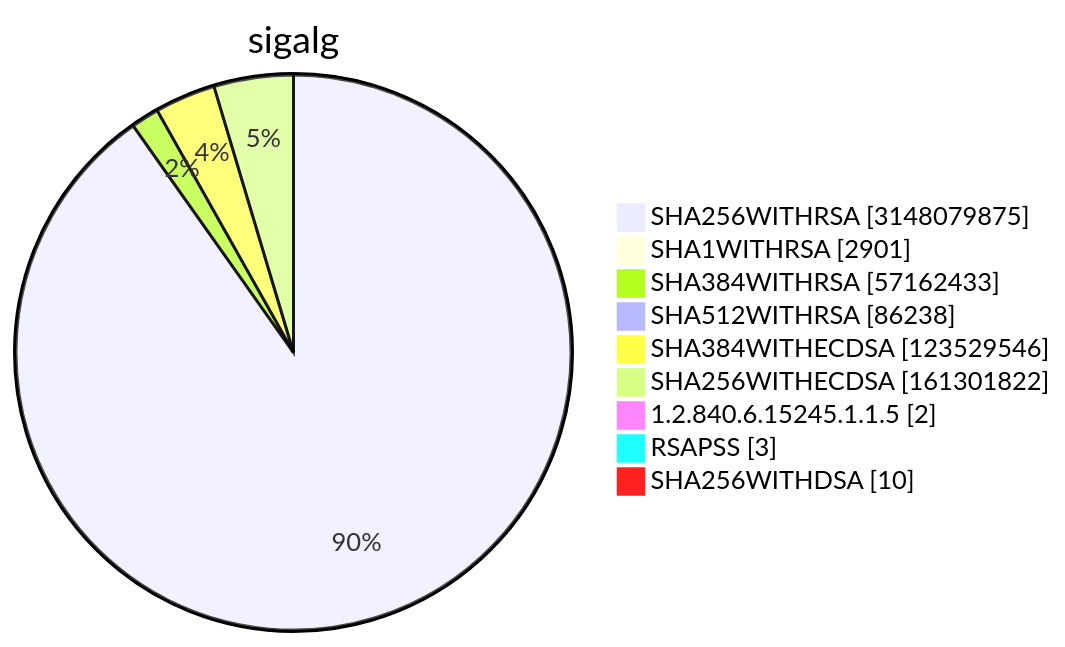
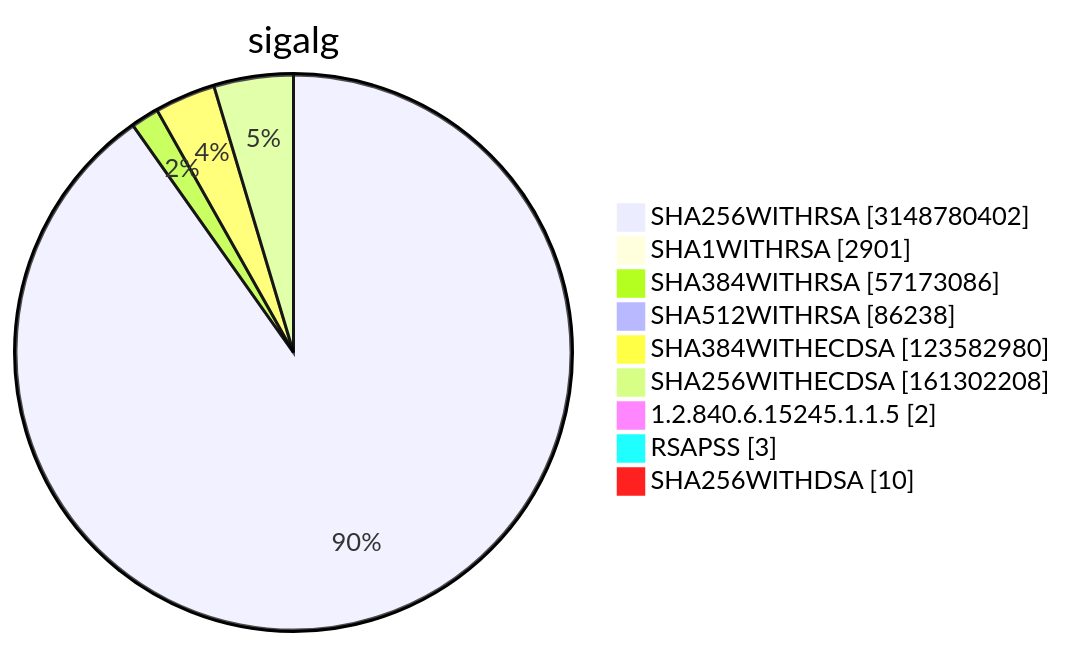
One commit to christiankrug/ctmonitor_visualization changed diagram 15 of 15 in TOTAL/README.md. Above: the diagram before and after it, drawn with Mermaid. The commit also changed other lines of this file, not shown here.

````diff
--- a/TOTAL/README.md
+++ b/TOTAL/README.md
@@ -6213,13 +6213,13 @@
 ```mermaid
 pie showData
 title sigalg
-"SHA256WITHRSA" :3148079875
+"SHA256WITHRSA" :3148780402
 "SHA1WITHRSA" :2901
-"SHA384WITHRSA" :57162433
+"SHA384WITHRSA" :57173086
 "SHA512WITHRSA" :86238
-"SHA384WITHECDSA" :123529546
-"SHA256WITHECDSA" :161301822
+"SHA384WITHECDSA" :123582980
+"SHA256WITHECDSA" :161302208
 "1.2.840.6.15245.1.1.5" :2
 "RSAPSS" :3
 "SHA256WITHDSA" :10
 ```
````
